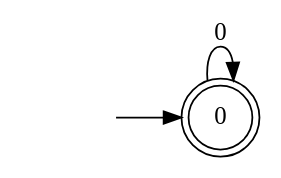
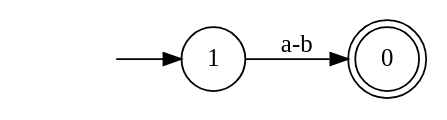
Before and after one commit to Faymiaouent/Automa4U: the diagram in dotfiles/DFA16.dot, drawn with Graphviz. The commit also changed 86 other files, not shown here.

```diff
--- a/dotfiles/DFA16.dot
+++ b/dotfiles/DFA16.dot
@@ -1,7 +1,8 @@
 digraph Automaton {
   rankdir = LR;
 0 [shape=doublecircle]; 
+node [shape=circle];
   initial [shape=plaintext,label=""];
-  initial -> 0
-  0 -> 0 [label="0"];
+  initial -> 1
+  1 -> 0 [label="a-b"];
 }
```
